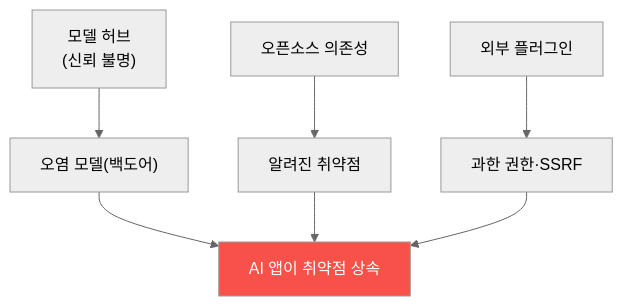
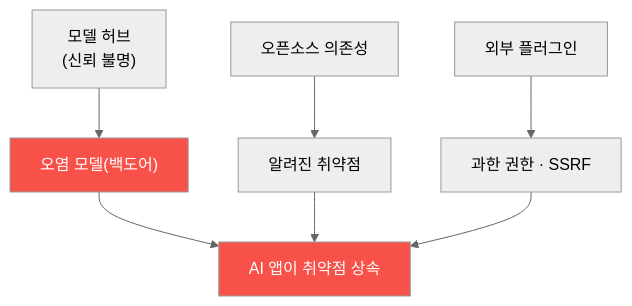
One commit to mrgrit/tw2 changed the diagram in contents/training/ai-service-pentest/lecture_week12.md. Above: the diagram before and after it, drawn with Mermaid (neutral theme). The commit also changed other lines of this file, not shown here.

First line of the commit message:
docs(ai-service-pentest): W12 강의 교재 보강 — 공급망·플러그인(LLM05·LLM07)

````diff
--- a/contents/training/ai-service-pentest/lecture_week12.md
+++ b/contents/training/ai-service-pentest/lecture_week12.md
@@ -55,8 +57,11 @@
 ```mermaid
 graph TD
     H["모델 허브<br/>(신뢰 불명)"] --> M["오염 모델(백도어)"]
     D["오픈소스 의존성"] --> V["알려진 취약점"]
-    P["외부 플러그인"] --> A["과한 권한·SSRF"]
-    M & V & A --> APP["AI 앱이 취약점 상속"]
+    P["외부 플러그인"] --> A["과한 권한 · SSRF"]
+    M --> APP["AI 앱이 취약점 상속"]
+    V --> APP
+    A --> APP
+    style M fill:#f85149,color:#fff
     style APP fill:#f85149,color:#fff
 ```
````
